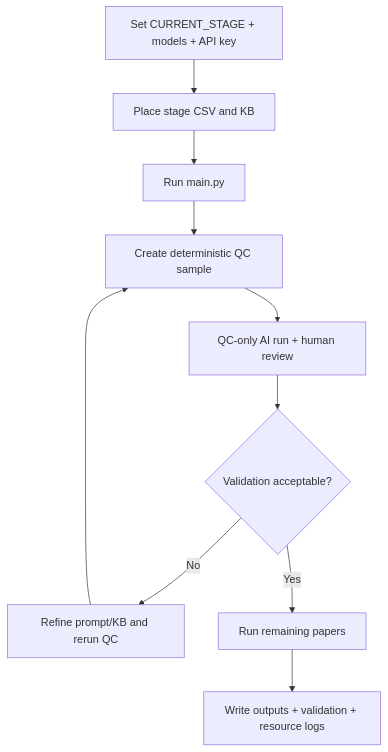
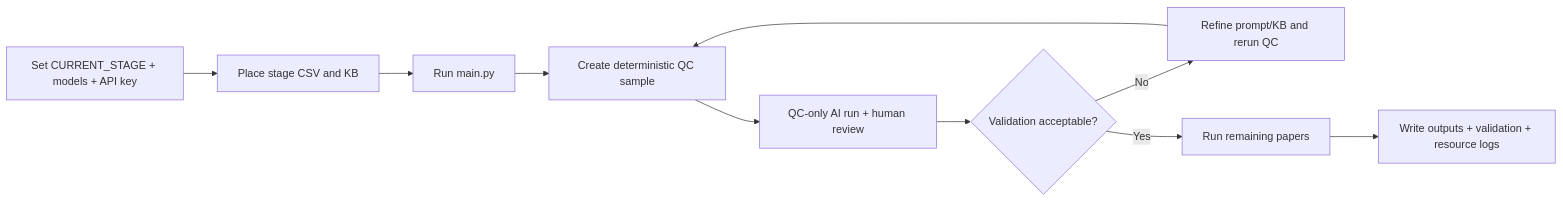
One commit to KaiGensitz/review-pipeline changed the diagram in readme.md. Above: the diagram before and after it, drawn with Mermaid. The commit also changed other lines of this file and 8 other files, not shown here.

````diff
--- a/readme.md
+++ b/readme.md
@@ -20,12 +20,12 @@
 ```mermaid
-flowchart TD
-  A[Set CURRENT_STAGE + models + API key] --> B[Place stage CSV and KB]
-  B --> C[Run main.py]
-  C --> D[Create deterministic QC sample]
-  D --> E[QC-only AI run + human review]
-  E --> F{Validation acceptable?}
-  F -- No --> G[Refine prompt/KB and rerun QC]
-  G --> D
-  F -- Yes --> H[Run remaining papers]
-  H --> I[Write outputs + validation + resource logs]
+flowchart LR
+    A[Set CURRENT_STAGE + models + API key] --> B[Place stage CSV and KB]
+    B --> C[Run main.py]
+    C --> D[Create deterministic QC sample]
+    D --> E[QC-only AI run + human review]
+    E --> F{Validation acceptable?}
+    F -- No --> G[Refine prompt/KB and rerun QC]
+    G --> D
+    F -- Yes --> H[Run remaining papers]
+    H --> I[Write outputs + validation + resource logs]
 ```
````
